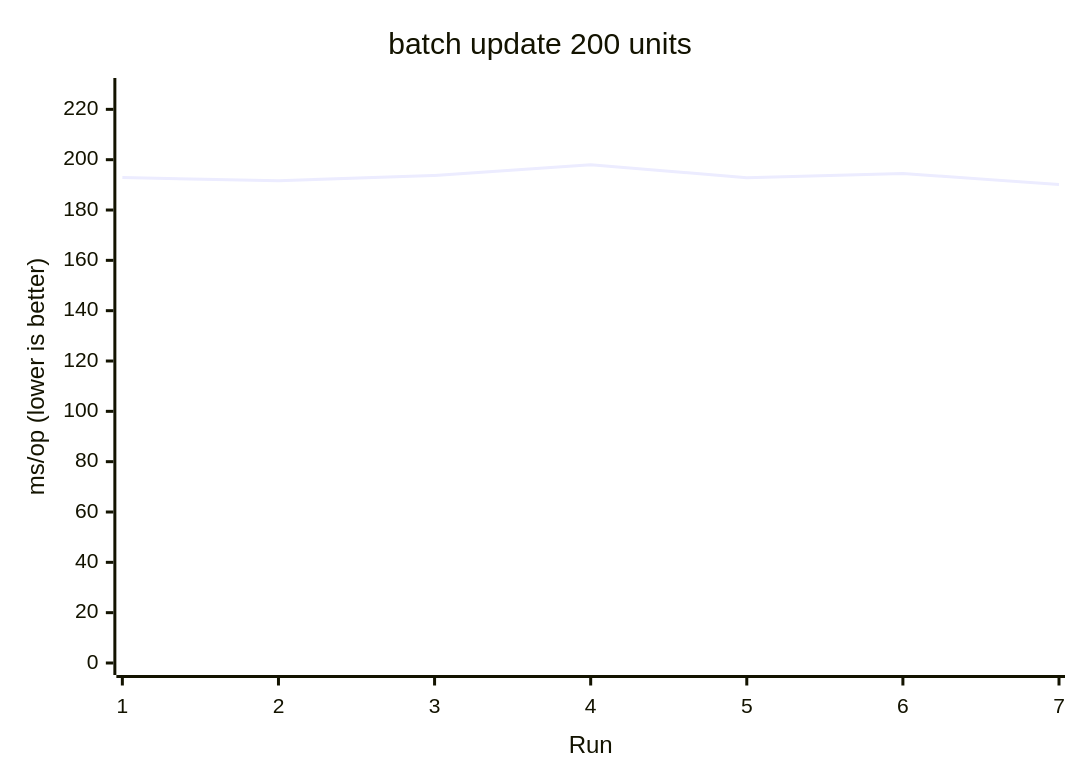
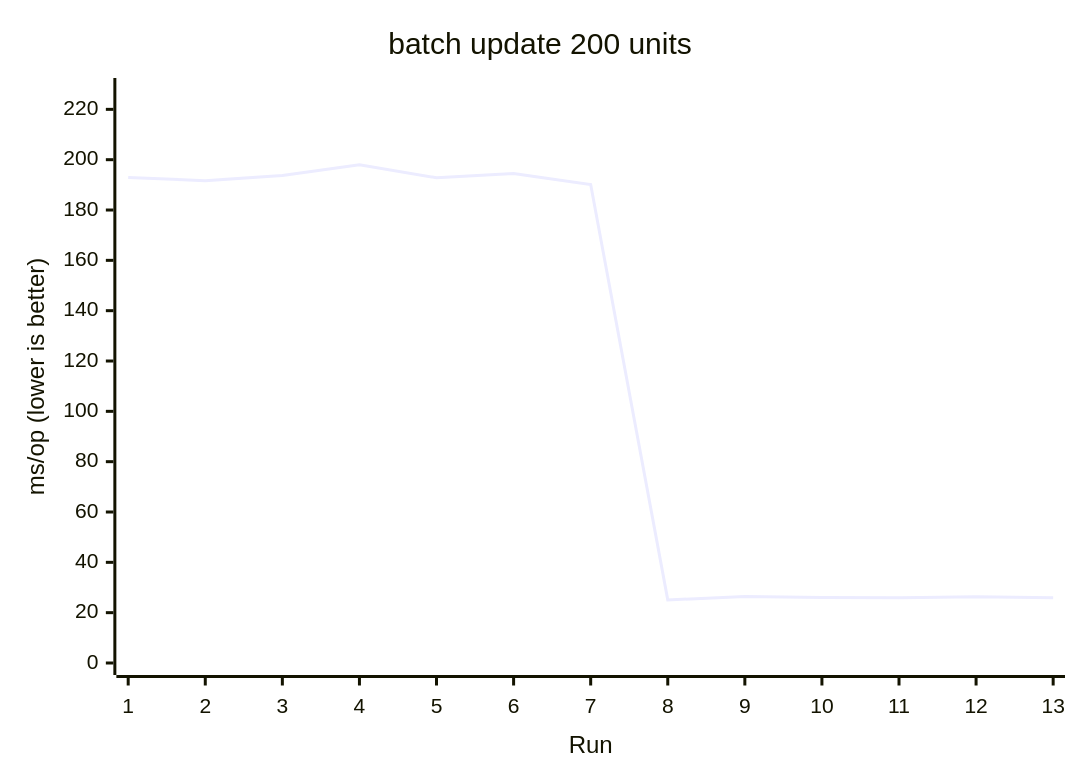
Before and after one commit to AIluffy/io: the ninth of 17 diagrams in apps/docs/src/content/docs/en/guides/benchmark.mdx, drawn with Mermaid. The commit also changed other lines of this file and 11 other files, not shown here.

````diff
--- a/apps/docs/src/content/docs/en/guides/benchmark.mdx
+++ b/apps/docs/src/content/docs/en/guides/benchmark.mdx
@@ -210,7 +297,7 @@
 ```mermaid
 xychart-beta
   title "batch update 200 units"
-  x-axis "Run" [1, 2, 3, 4, 5, 6, 7]
+  x-axis "Run" [1, 2, 3, 4, 5, 6, 7, 8, 9, 10, 11, 12, 13]
   y-axis "ms/op (lower is better)" 0 --> 227.6906
-  line [192.8785, 191.6709, 193.7211, 197.9918, 192.8213, 194.4828, 190.106]
+  line [192.8785, 191.6709, 193.7211, 197.9918, 192.8213, 194.4828, 190.106, 25.0751, 26.4239, 26.0522, 25.9361, 26.3187, 25.9458]
 ```
````
